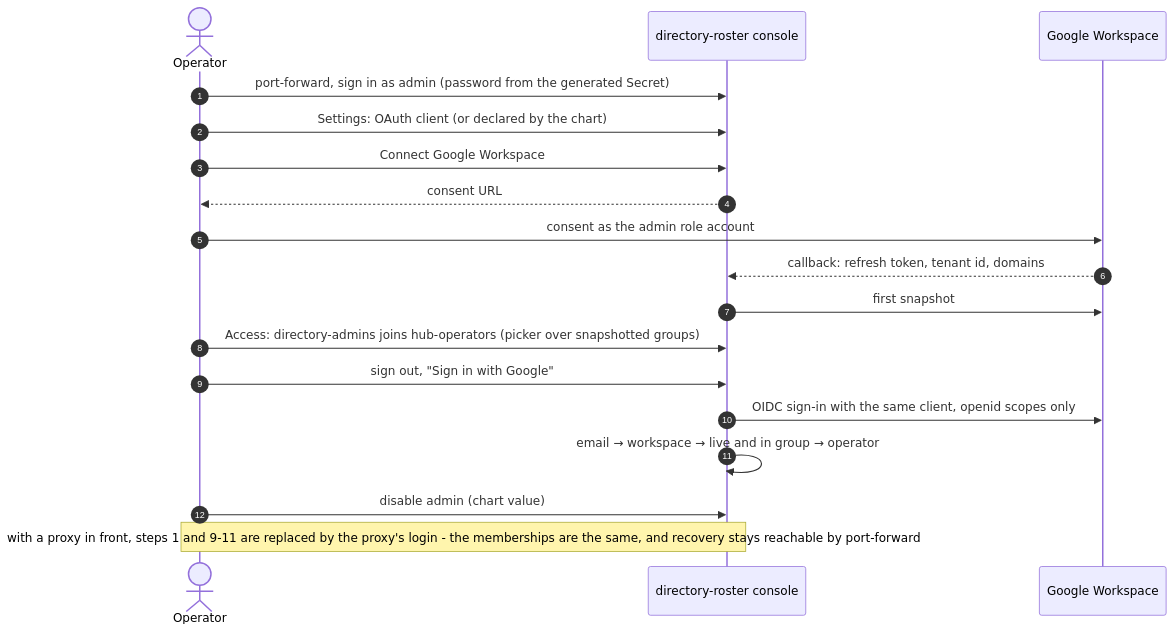
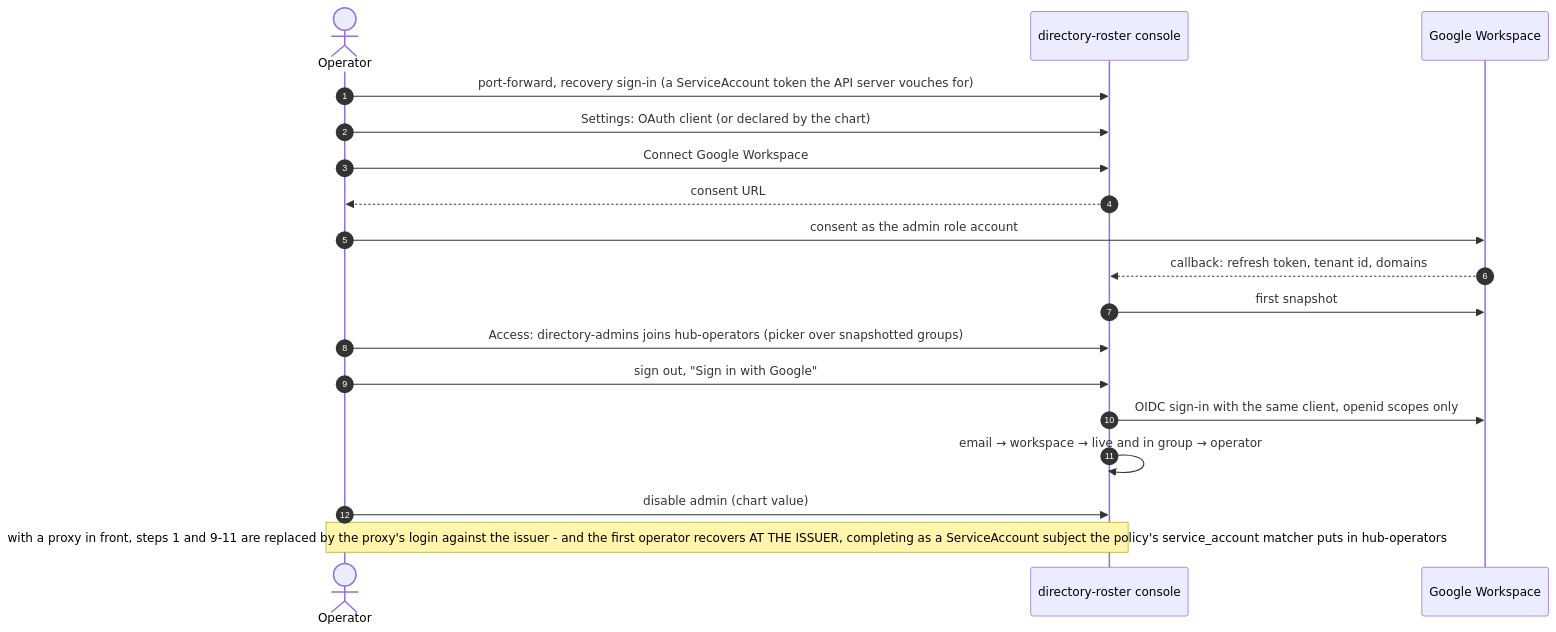
Diagram 11 of 11 in docs/architecture.md (truvity/access-roster), drawn with Mermaid before and after one commit. The commit also changed other lines of this file and 10 other files, not shown here.

````diff
--- a/docs/architecture.md
+++ b/docs/architecture.md
@@ -383,20 +385,20 @@
 ```mermaid
 sequenceDiagram
   autonumber
   actor O as Operator
   participant H as directory-roster console
   participant G as Google Workspace
-  O->>H: port-forward, sign in as admin (password from the generated Secret)
+  O->>H: port-forward, recovery sign-in (a ServiceAccount token the API server vouches for)
   O->>H: Settings: OAuth client (or declared by the chart)
   O->>H: Connect Google Workspace
   H-->>O: consent URL
   O->>G: consent as the admin role account
   G-->>H: callback: refresh token, tenant id, domains
   H->>G: first snapshot
   O->>H: Access: directory-admins joins hub-operators (picker over snapshotted groups)
   O->>H: sign out, "Sign in with Google"
   H->>G: OIDC sign-in with the same client, openid scopes only
   H->>H: email → workspace → live and in group → operator
   O->>H: disable admin (chart value)
-  Note over O,H: with a proxy in front, steps 1 and 9-11 are replaced by the proxy's login - the memberships are the same, and recovery stays reachable by port-forward
+  Note over O,H: with a proxy in front, steps 1 and 9-11 are replaced by the proxy's login against the issuer - and the first operator recovers AT THE ISSUER, completing as a ServiceAccount subject the policy's service_account matcher puts in hub-operators
 ```
````
